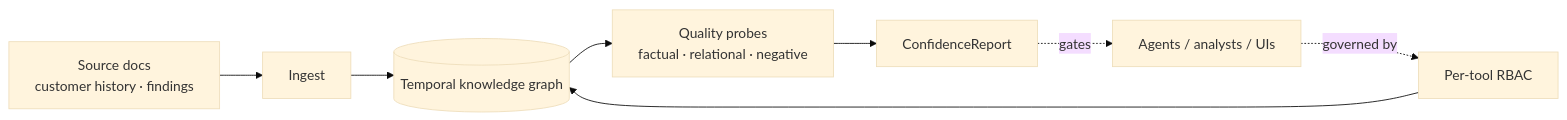
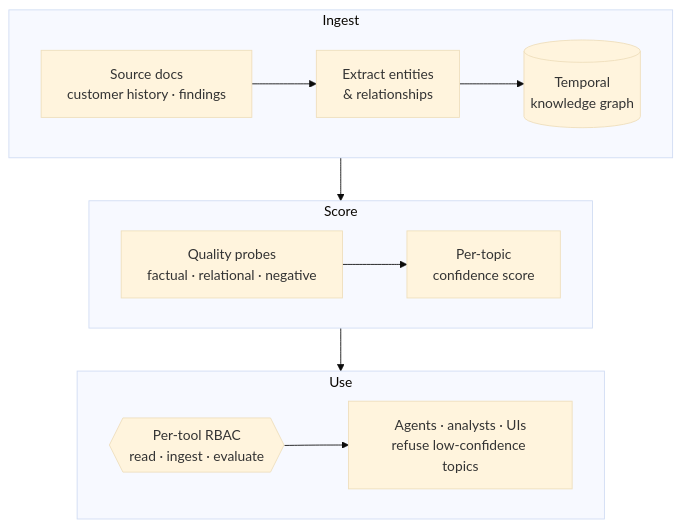
Before and after one commit to sachiachar/sachidananda-karkala: the diagram in diagrams/knowledge-layer.mmd, drawn with Mermaid (base theme). The commit also changed 28 other files, not shown here.

```diff
--- a/diagrams/knowledge-layer.mmd
+++ b/diagrams/knowledge-layer.mmd
@@ -1,13 +1,14 @@
-flowchart LR
-  sources["Source docs<br/>customer history · findings"]
-  ingest["Ingest"]
-  kg[("Temporal knowledge graph")]
-  probes["Quality probes<br/>factual · relational · negative"]
-  score["ConfidenceReport"]
-  rbac["Per-tool RBAC"]
-  consumers["Agents / analysts / UIs"]
-  sources --> ingest --> kg
-  kg --> probes --> score
-  consumers -.governed by.-> rbac
-  rbac --> kg
-  score -.gates.-> consumers
+flowchart TB
+  subgraph ingestrow["Ingest"]
+    direction LR
+    sources["Source docs<br/>customer history · findings"] --> ingest["Extract entities<br/>& relationships"] --> kg[("Temporal<br/>knowledge graph")]
+  end
+  subgraph quality["Score"]
+    direction LR
+    probes["Quality probes<br/>factual · relational · negative"] --> score["Per-topic<br/>confidence score"]
+  end
+  subgraph use["Use"]
+    direction LR
+    rbac{{"Per-tool RBAC<br/>read · ingest · evaluate"}} --> consumers["Agents · analysts · UIs<br/>refuse low-confidence topics"]
+  end
+  ingestrow --> quality --> use
```
